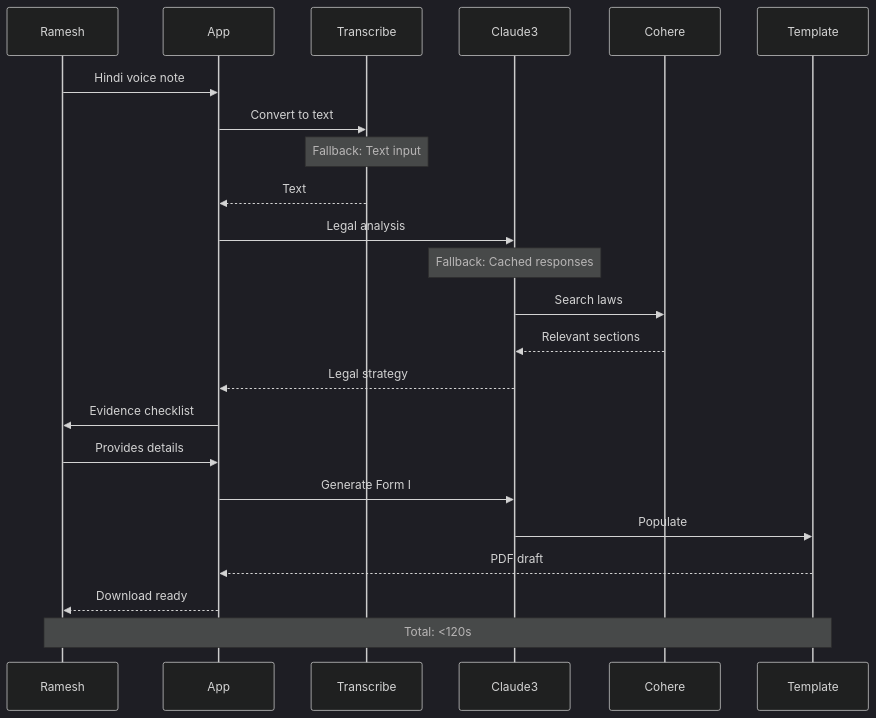
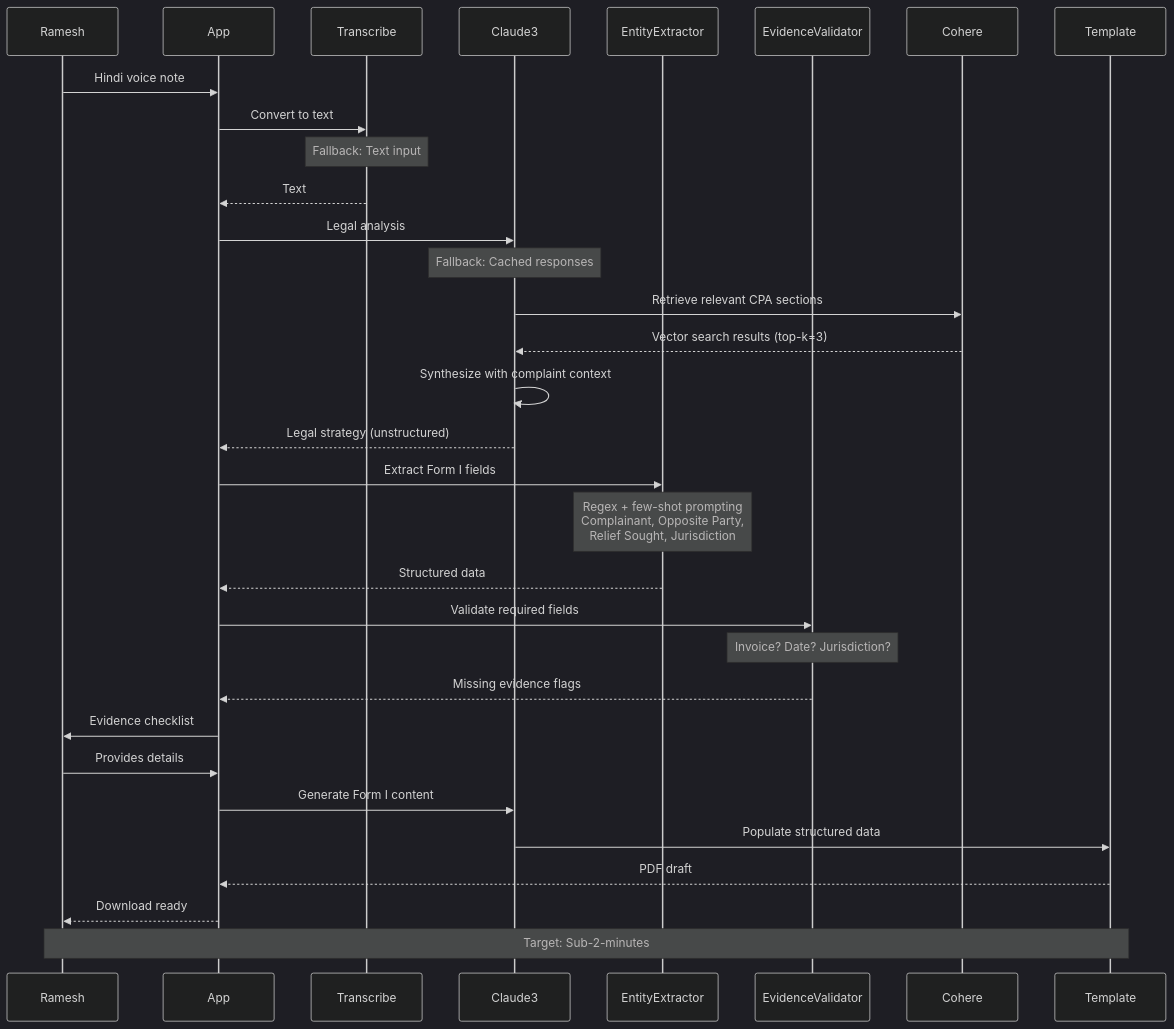
One commit to abelmt07/CitadelAI_AI_For_Bharath_CtrlZ changed the first of 2 diagrams in design.md. Above: the diagram before and after it, drawn with Mermaid (dark theme). The commit also changed other lines of this file, not shown here.

````diff
--- a/design.md
+++ b/design.md
@@ -8,30 +8,41 @@
 ```mermaid
 sequenceDiagram
     participant Ramesh
     participant App
     participant Transcribe
     participant Claude3
+    participant EntityExtractor
+    participant EvidenceValidator
     participant Cohere
     participant Template
     
     Ramesh->>App: Hindi voice note
     App->>Transcribe: Convert to text
     Note over Transcribe: Fallback: Text input
     Transcribe-->>App: Text
     
     App->>Claude3: Legal analysis
     Note over Claude3: Fallback: Cached responses
-    Claude3->>Cohere: Search laws
-    Cohere-->>Claude3: Relevant sections
-    Claude3-->>App: Legal strategy
+    Claude3->>Cohere: Retrieve relevant CPA sections
+    Cohere-->>Claude3: Vector search results (top-k=3)
+    Claude3->>Claude3: Synthesize with complaint context
+    Claude3-->>App: Legal strategy (unstructured)
+    
+    App->>EntityExtractor: Extract Form I fields
+    Note over EntityExtractor: Regex + few-shot prompting<br/>Complainant, Opposite Party,<br/>Relief Sought, Jurisdiction
+    EntityExtractor-->>App: Structured data
+    
+    App->>EvidenceValidator: Validate required fields
+    Note over EvidenceValidator: Invoice? Date? Jurisdiction?
+    EvidenceValidator-->>App: Missing evidence flags
     
     App->>Ramesh: Evidence checklist
     Ramesh->>App: Provides details
     
-    App->>Claude3: Generate Form I
-    Claude3->>Template: Populate
+    App->>Claude3: Generate Form I content
+    Claude3->>Template: Populate structured data
     Template-->>App: PDF draft
     App-->>Ramesh: Download ready
     
-    Note over Ramesh,Template: Total: <120s
+    Note over Ramesh,Template: Target: Sub-2-minutes
 ```
````
